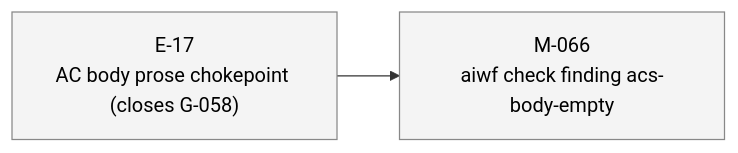
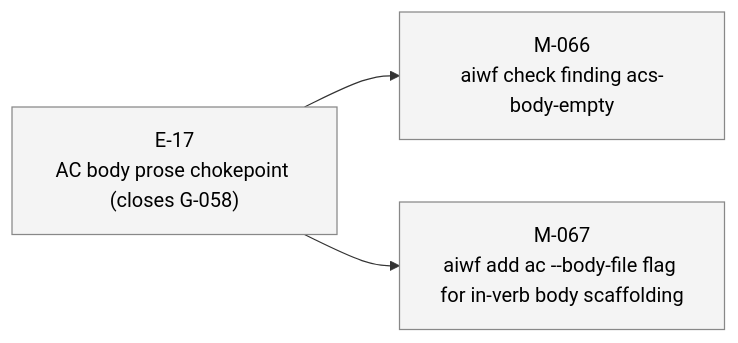
Before and after one commit to 23min/aiwf: the third of 3 diagrams in STATUS.md, drawn with Mermaid. The commit also changed other lines of this file and 1 other file, not shown here.

First line of the commit message:
aiwf add milestone M-067 "aiwf add ac --body-file flag for in-verb body scaffolding"

````diff
--- a/STATUS.md
+++ b/STATUS.md
@@ -58,12 +59,14 @@
 ```mermaid
 flowchart LR
   E_17["E-17<br/>AC body prose chokepoint (closes G-058)"]:::epic_proposed
   M_066["M-066<br/>aiwf check finding acs-body-empty"]:::ms_draft
   E_17 --> M_066
+  M_067["M-067<br/>aiwf add ac --body-file flag for in-verb body scaffolding"]:::ms_draft
+  E_17 --> M_067
   classDef epic_active fill:#d6eaff,stroke:#1a73e8,color:#000
   classDef epic_proposed fill:#f4f4f4,stroke:#888,color:#000
   classDef ms_done fill:#d8f5d8,stroke:#2a8a2a,color:#000
   classDef ms_in_progress fill:#fff3c4,stroke:#caa400,color:#000
   classDef ms_draft fill:#f4f4f4,stroke:#888,color:#000
   classDef ms_cancelled fill:#fbeaea,stroke:#c33,color:#000
 ```
````
